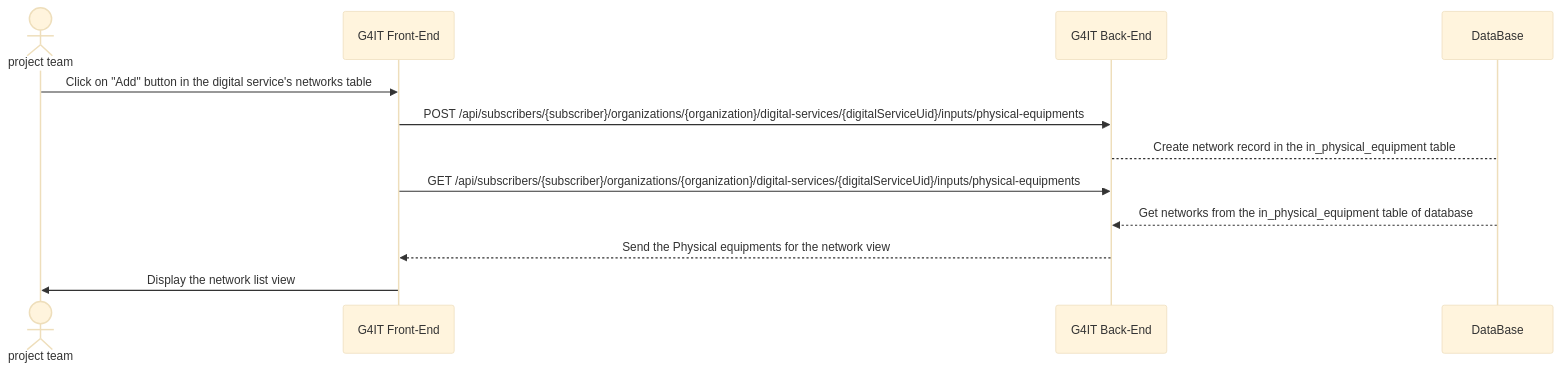
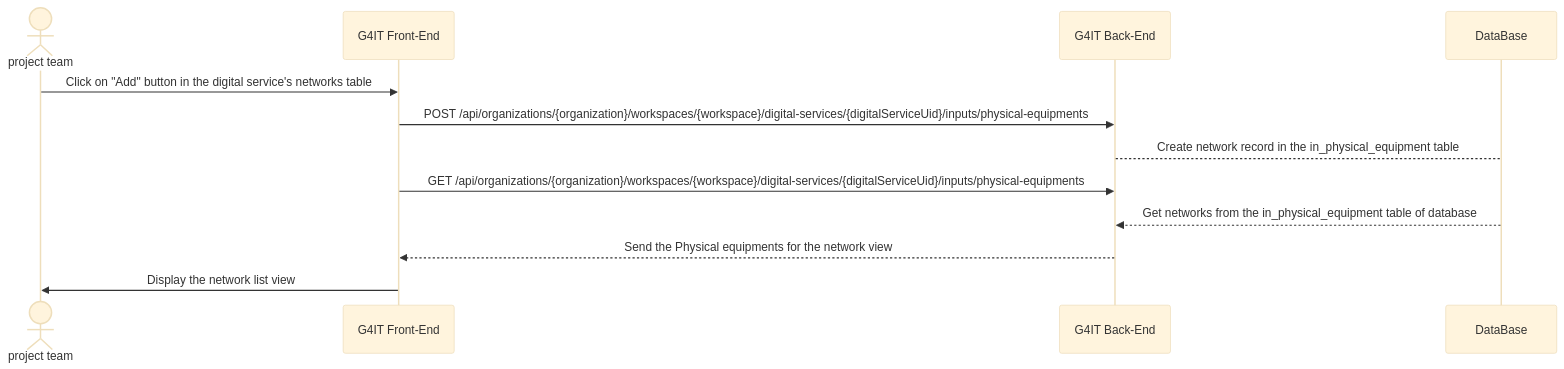
One commit to teamg4it/g4it changed the diagram in services/documentation/content/2-functional-documentation/use_cases/uc_digital_services/uc3_add_visualize_equipments/uc3_add_visualize_network.md. Above: the diagram before and after it, drawn with Mermaid (base theme). The commit also changed other lines of this file and 92 other files, not shown here.

```diff
--- a/services/documentation/content/2-functional-documentation/use_cases/uc_digital_services/uc3_add_visualize_equipments/uc3_add_visualize_network.md
+++ b/services/documentation/content/2-functional-documentation/use_cases/uc_digital_services/uc3_add_visualize_equipments/uc3_add_visualize_network.md
@@ -67,17 +67,17 @@
 {{< mermaid >}}
 sequenceDiagram
 
 actor RND as project team
 participant front as G4IT Front-End
 participant back as G4IT Back-End
 participant DataBase
 
 RND ->> front: Click on "Add" button in the digital service's networks table
-front ->> back: POST /api/subscribers/{subscriber}/organizations/{organization}/digital-services/{digitalServiceUid}/inputs/physical-equipments
+front ->> back: POST /api/organizations/{organization}/workspaces/{workspace}/digital-services/{digitalServiceUid}/inputs/physical-equipments
 back--> DataBase: Create network record in the in_physical_equipment table
-front ->> back: GET /api/subscribers/{subscriber}/organizations/{organization}/digital-services/{digitalServiceUid}/inputs/physical-equipments
+front ->> back: GET /api/organizations/{organization}/workspaces/{workspace}/digital-services/{digitalServiceUid}/inputs/physical-equipments
 DataBase -->> back: Get networks from the in_physical_equipment table of database
 back-->> front: Send the Physical equipments for the network view
 front->> RND : Display the network list view
 
 {{< /mermaid >}}
```
